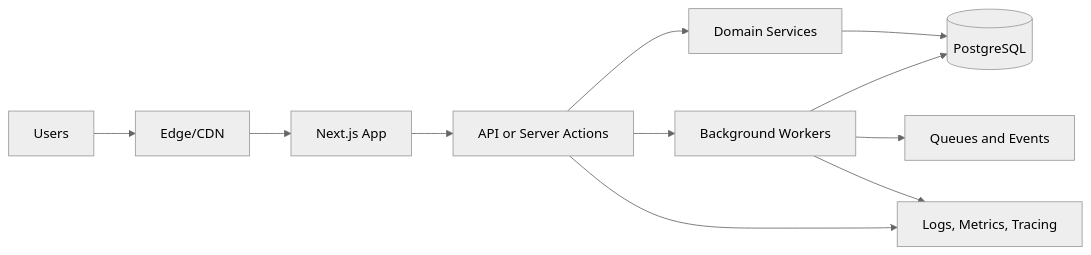
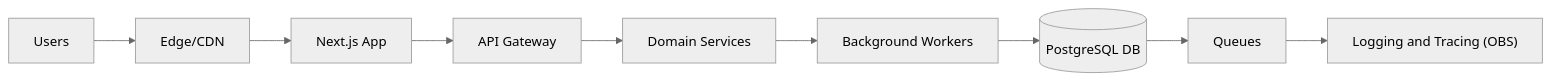
Before and after one commit to Mohammad77Radwan/Blog-Veille-Tech: the diagram in README.md, drawn with Mermaid (neutral theme). The commit also changed other lines of this file, not shown here.

````diff
--- a/README.md
+++ b/README.md
@@ -14,13 +9,11 @@
 ```mermaid
 flowchart LR
-    U[Users] --> E[Edge/CDN]
-    E --> W[Next.js App]
-    W --> AG[API or Server Actions]
-    AG --> S1[Domain Services]
-    AG --> S2[Background Workers]
-    S1 --> DB[(PostgreSQL)]
-    S2 --> DB
-    S2 --> Q[Queues and Events]
-    AG --> OBS[Logs, Metrics, Tracing]
-    S2 --> OBS
+        U[Users] --> E[Edge/CDN]
+        E --> N[Next.js App]
+        N --> AG[API Gateway]
+        AG --> DS[Domain Services]
+        DS --> BW[Background Workers]
+        BW --> DB[(PostgreSQL DB)]
+        DB --> Q[Queues]
+        Q --> OBS["Logging and Tracing (OBS)"]
 ```
````
